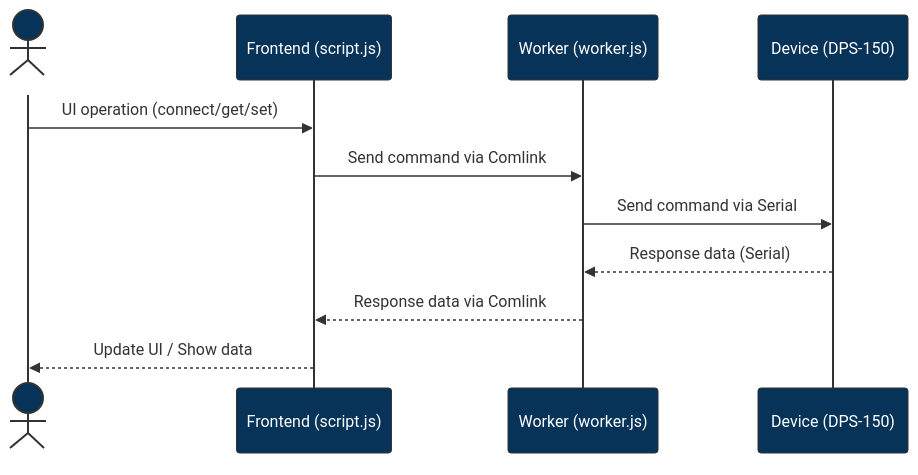
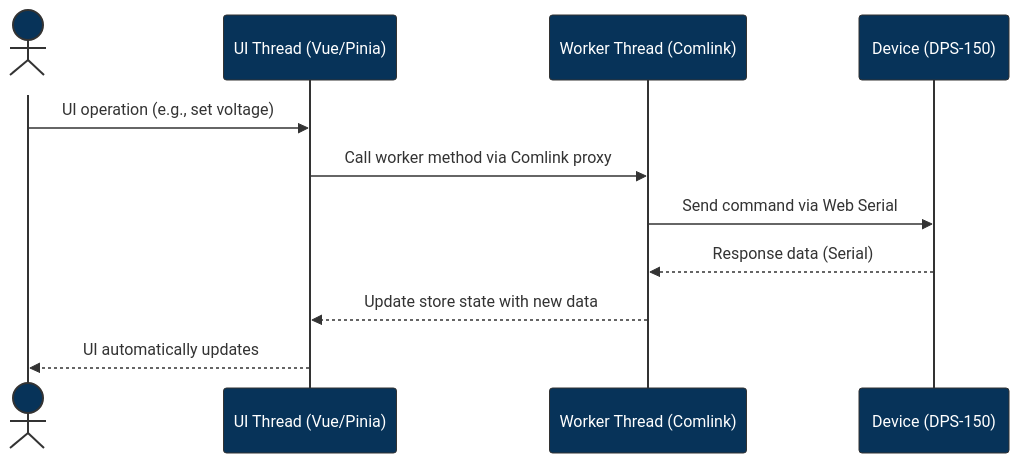
Before and after one commit to ErikMikkelson/fnirsi-dps-150: the diagram in README.md, drawn with Mermaid. The commit also changed other lines of this file, not shown here.

````diff
--- a/README.md
+++ b/README.md
@@ -37,26 +34,26 @@
 ```mermaid
 ---
 config:
   theme: 'base'
   themeVariables:
     fontFamily: "Noto Sans"
     primaryColor: '#073359'
     primaryTextColor: '#fff'
     primaryBorderColor: '#333'
     lineColor: '#333'
     secondaryColor: '#006100'
     textColor: '#333'
 ---
 sequenceDiagram
-    actor User as User
-    participant Frontend as Frontend (script.js)
-    participant Worker as Worker (worker.js)
-    participant Device as Device (DPS-150)
+    actor User
+    participant UI Thread (Vue/Pinia)
+    participant Worker Thread (Comlink)
+    participant Device (DPS-150)
 
-    User->>Frontend: UI operation (connect/get/set)
-    Frontend->>Worker: Send command via Comlink
-    Worker->>Device: Send command via Serial
-    Device-->>Worker: Response data (Serial)
-    Worker-->>Frontend: Response data via Comlink
-    Frontend-->>User: Update UI / Show data
+    User->>UI Thread (Vue/Pinia): UI operation (e.g., set voltage)
+    UI Thread (Vue/Pinia)->>Worker Thread (Comlink): Call worker method via Comlink proxy
+    Worker Thread (Comlink)->>Device (DPS-150): Send command via Web Serial
+    Device (DPS-150)-->>Worker Thread (Comlink): Response data (Serial)
+    Worker Thread (Comlink)-->>UI Thread (Vue/Pinia): Update store state with new data
+    UI Thread (Vue/Pinia)-->>User: UI automatically updates
 ```
````
